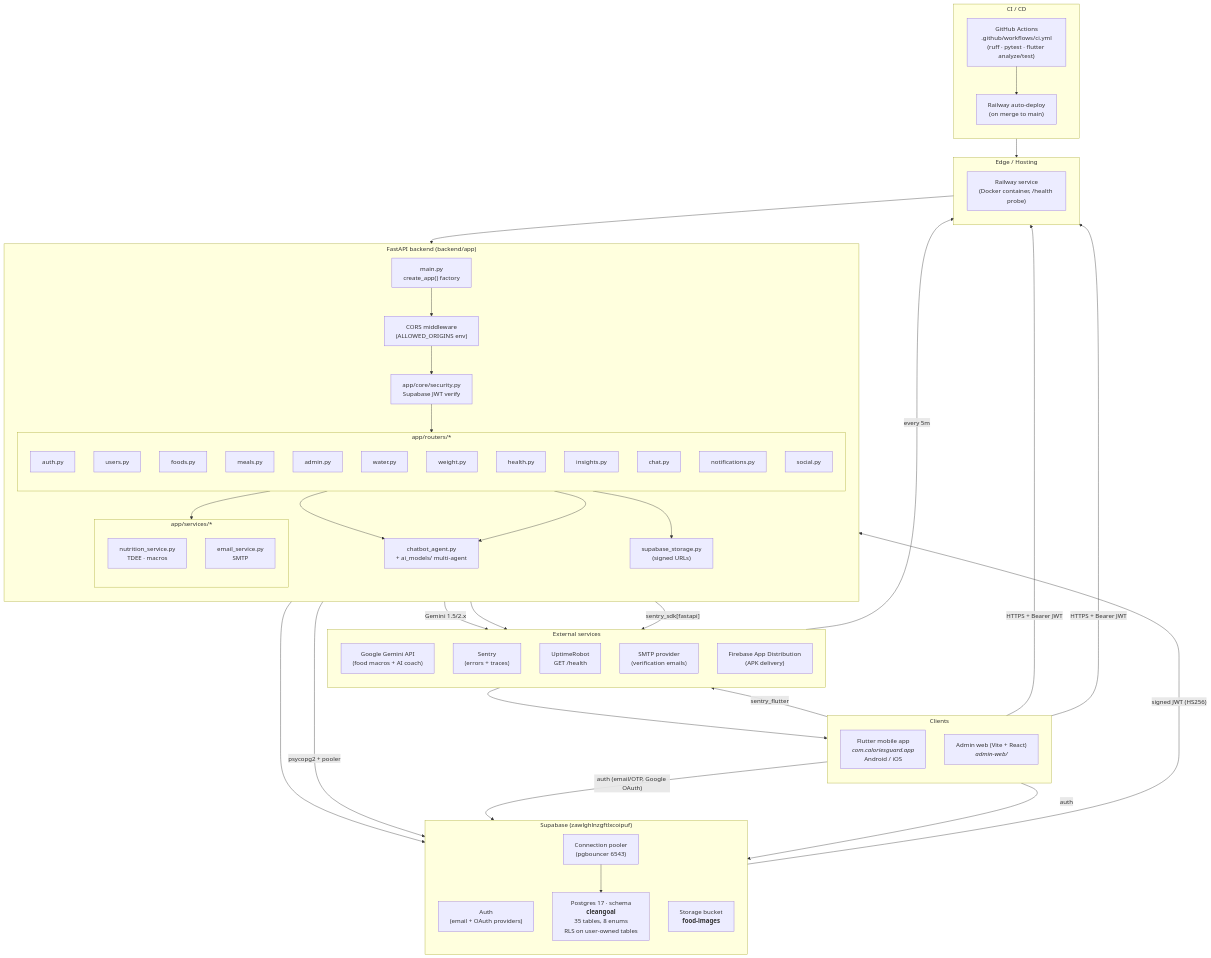
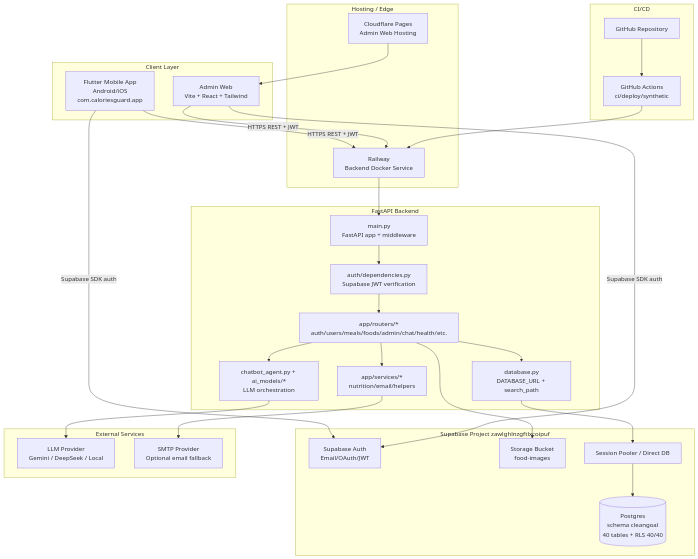
One commit to Nemoeiei/calories-guard changed the first of 6 diagrams in docs/SYSTEM_ARCHITECTURE.md. Above: the diagram before and after it, drawn with Mermaid. The commit also changed other lines of this file and 4 other files, not shown here.

First line of the commit message:
docs: update data dictionary, architecture, and add AI/LLM guides

````diff
--- a/docs/SYSTEM_ARCHITECTURE.md
+++ b/docs/SYSTEM_ARCHITECTURE.md
@@ -10,92 +25,51 @@
 ```mermaid
 flowchart TB
-    %% ===================== CLIENTS =====================
-    subgraph Clients["Clients"]
-      direction TB
-      MobileApp["Flutter mobile app<br/><i>com.caloriesguard.app</i><br/>Android / iOS"]
-      AdminWeb["Admin web (Vite + React)<br/><i>admin-web/</i>"]
+    subgraph ClientLayer[Client Layer]
+      Mobile[Flutter Mobile App<br/>Android/iOS<br/>com.caloriesguard.app]
+      AdminWeb[Admin Web<br/>Vite + React + Tailwind]
     end
 
-    %% ===================== EDGE / HOSTING =============
-    subgraph Edge["Edge / Hosting"]
-      direction TB
-      Railway["Railway service<br/>(Docker container, /health probe)"]
+    subgraph EdgeLayer[Hosting / Edge]
+      CF[Cloudflare Pages<br/>Admin Web Hosting]
+      Railway[Railway<br/>Backend Docker Service]
     end
 
-    %% ===================== BACKEND =====================
-    subgraph Backend["FastAPI backend (backend/app)"]
-      direction TB
-      Main["main.py<br/>create_app() factory"]
-      CORS["CORS middleware<br/>(ALLOWED_ORIGINS env)"]
-      AuthDep["app/core/security.py<br/>Supabase JWT verify"]
-      subgraph Routers["app/routers/*"]
-        direction TB
-        R_auth["auth.py"]
-        R_users["users.py"]
-        R_foods["foods.py"]
-        R_meals["meals.py"]
-        R_admin["admin.py"]
-        R_water["water.py"]
-        R_weight["weight.py"]
-        R_health["health.py"]
-        R_insights["insights.py"]
-        R_chat["chat.py"]
-        R_notif["notifications.py"]
-        R_social["social.py"]
-      end
-      subgraph Services["app/services/*"]
-        direction TB
-        S_nutrition["nutrition_service.py<br/>TDEE · macros"]
-        S_email["email_service.py<br/>SMTP"]
-      end
-      ChatAgent["chatbot_agent.py<br/>+ ai_models/ multi-agent"]
-      Storage["supabase_storage.py<br/>(signed URLs)"]
+    subgraph BackendLayer[FastAPI Backend]
+      Main[main.py<br/>FastAPI app + middleware]
+      AuthDep[auth/dependencies.py<br/>Supabase JWT verification]
+      Routers[app/routers/*<br/>auth/users/meals/foods/admin/chat/health/etc.]
+      Services[app/services/*<br/>nutrition/email/helpers]
+      AIOrch[chatbot_agent.py + ai_models/*<br/>LLM orchestration]
+      DBConn[database.py<br/>DATABASE_URL + search_path]
     end
 
-    %% ===================== SUPABASE ====================
-    subgraph Supabase["Supabase (zawlghlnzgftlxcoipuf)"]
-      direction TB
-      SBAuth["Auth<br/>(email + OAuth providers)"]
-      SBDB["Postgres 17 · schema<br/><b>cleangoal</b><br/>35 tables, 8 enums<br/>RLS on user-owned tables"]
-      SBStorage["Storage bucket<br/><b>food-images</b>"]
-      SBPooler["Connection pooler<br/>(pgbouncer 6543)"]
+    subgraph SupabaseLayer[Supabase Project zawlghlnzgftlxcoipuf]
+      SBAuth[Supabase Auth<br/>Email/OAuth/JWT]
+      SBDB[(Postgres<br/>schema cleangoal<br/>40 tables + RLS 40/40)]
+      SBStorage[Storage Bucket<br/>food-images]
+      Pooler[Session Pooler / Direct DB]
     end
 
-    %% ===================== EXTERNAL ====================
-    subgraph External["External services"]
-      direction TB
-      Gemini["Google Gemini API<br/>(food macros + AI coach)"]
-      Sentry["Sentry<br/>(errors + traces)"]
-      Uptime["UptimeRobot<br/>GET /health"]
-      SMTP["SMTP provider<br/>(verification emails)"]
-      FAD["Firebase App Distribution<br/>(APK delivery)"]
+    subgraph ExternalLayer[External Services]
+      LLM[LLM Provider<br/>Gemini / DeepSeek / Local]
+      SMTP[SMTP Provider<br/>Optional email fallback]
     end
 
-    %% ===================== CI/CD =======================
-    subgraph CICD["CI / CD"]
-      direction TB
-      GH["GitHub Actions<br/>.github/workflows/ci.yml<br/>(ruff · pytest · flutter analyze/test)"]
-      RailwayDeploy["Railway auto-deploy<br/>(on merge to main)"]
+    subgraph CICD[CI/CD]
+      GitHub[GitHub Repository]
+      Actions[GitHub Actions<br/>ci/deploy/synthetic]
     end
 
-    %% ===================== FLOWS =======================
-    MobileApp -- "HTTPS + Bearer JWT" --> Railway
-    AdminWeb  -- "HTTPS + Bearer JWT" --> Railway
-    Railway --> Main --> CORS --> AuthDep --> Routers
+    Mobile -->|Supabase SDK auth| SBAuth
+    AdminWeb -->|Supabase SDK auth| SBAuth
+    Mobile -->|HTTPS REST + JWT| Railway
+    AdminWeb -->|HTTPS REST + JWT| Railway
+    CF --> AdminWeb
+    Railway --> Main --> AuthDep --> Routers
     Routers --> Services
-    R_chat --> ChatAgent
-    R_foods --> ChatAgent
-    ChatAgent -- "Gemini 1.5/2.x" --> Gemini
-    Routers -- "psycopg2 + pooler" --> SBPooler --> SBDB
-    R_foods --> Storage
-    Storage --> SBStorage
-    MobileApp -- "auth (email/OTP, Google OAuth)" --> SBAuth
-    AdminWeb  -- "auth" --> SBAuth
-    SBAuth -- "signed JWT (HS256)" --> AuthDep
-    S_email --> SMTP
-    Main -- "sentry_sdk[fastapi]" --> Sentry
-    MobileApp -- "sentry_flutter" --> Sentry
-    Uptime -- "every 5m" --> Railway
-    GH --> RailwayDeploy --> Railway
-    FAD --> MobileApp
+    Routers --> AIOrch --> LLM
+    Routers --> DBConn --> Pooler --> SBDB
+    Routers --> SBStorage
+    Services --> SMTP
+    GitHub --> Actions --> Railway
 ```
````
